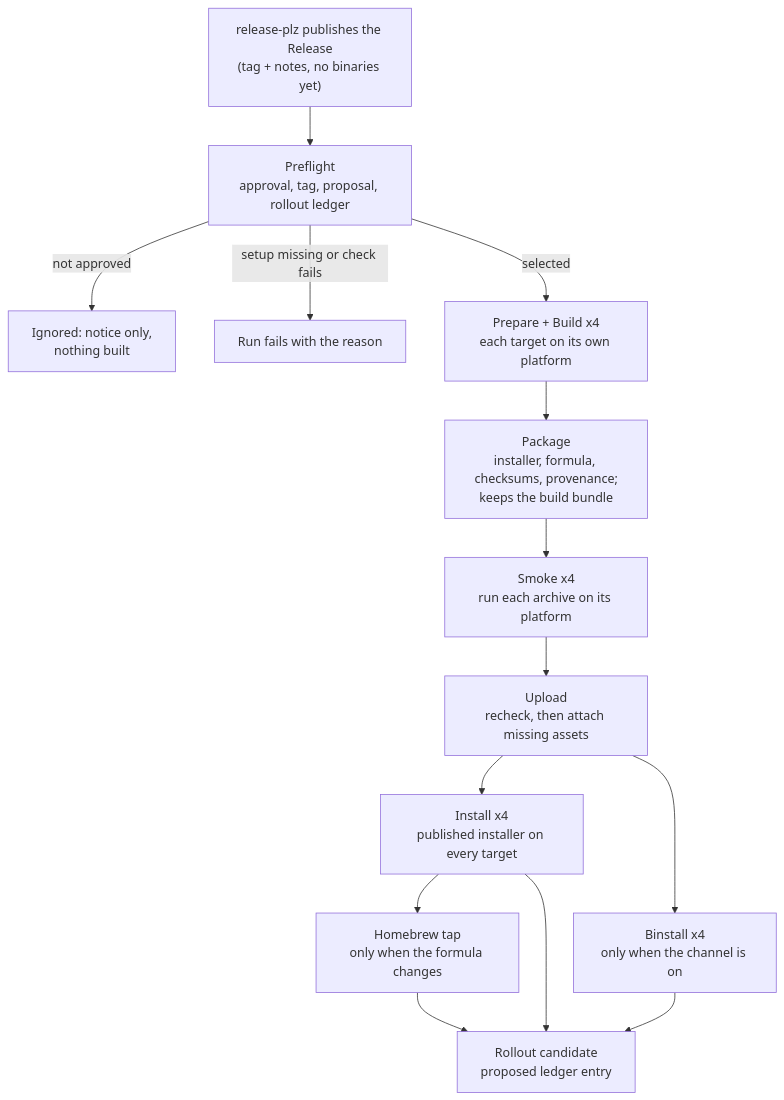
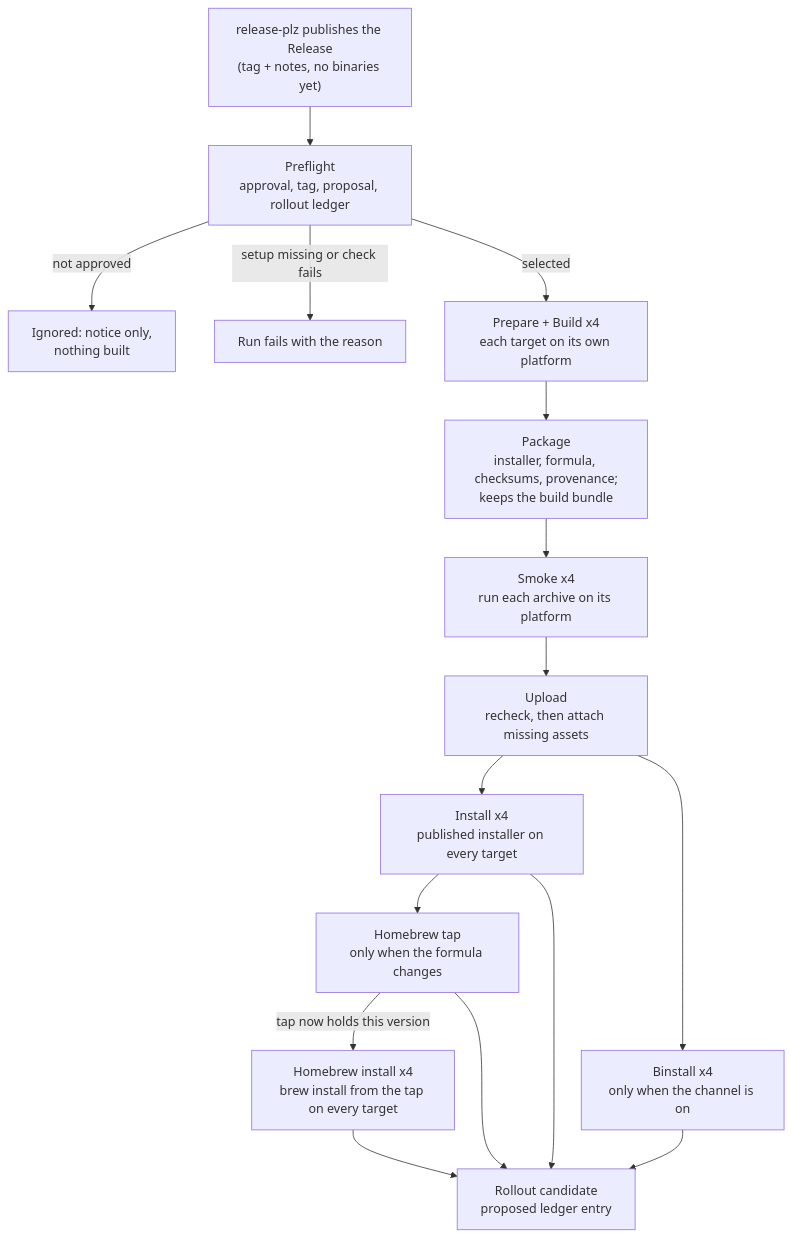
The first of 2 diagrams in docs/distribution.md (yankeeinlondon/rusty-biscuit), drawn with Mermaid before and after one commit. The commit also changed other lines of this file and 22 other files, not shown here.

````diff
--- a/docs/distribution.md
+++ b/docs/distribution.md
@@ -246,16 +246,18 @@
 ```mermaid
 flowchart TD
     R["release-plz publishes the Release<br/>(tag + notes, no binaries yet)"] --> P
     P["Preflight<br/>approval, tag, proposal, rollout ledger"] -->|not approved| N["Ignored: notice only,<br/>nothing built"]
     P -->|setup missing or check fails| F["Run fails with the reason"]
     P -->|selected| B["Prepare + Build x4<br/>each target on its own platform"]
     B --> K["Package<br/>installer, formula, checksums, provenance;<br/>keeps the build bundle"]
     K --> S["Smoke x4<br/>run each archive on its platform"]
     S --> U["Upload<br/>recheck, then attach missing assets"]
     U --> I["Install x4<br/>published installer on every target"]
     U --> BI["Binstall x4<br/>only when the channel is on"]
     I --> T["Homebrew tap<br/>only when the formula changes"]
+    T -->|tap now holds this version| BR["Homebrew install x4<br/>brew install from the tap on every target"]
     I --> C["Rollout candidate<br/>proposed ledger entry"]
     BI --> C
     T --> C
+    BR --> C
 ```
````
